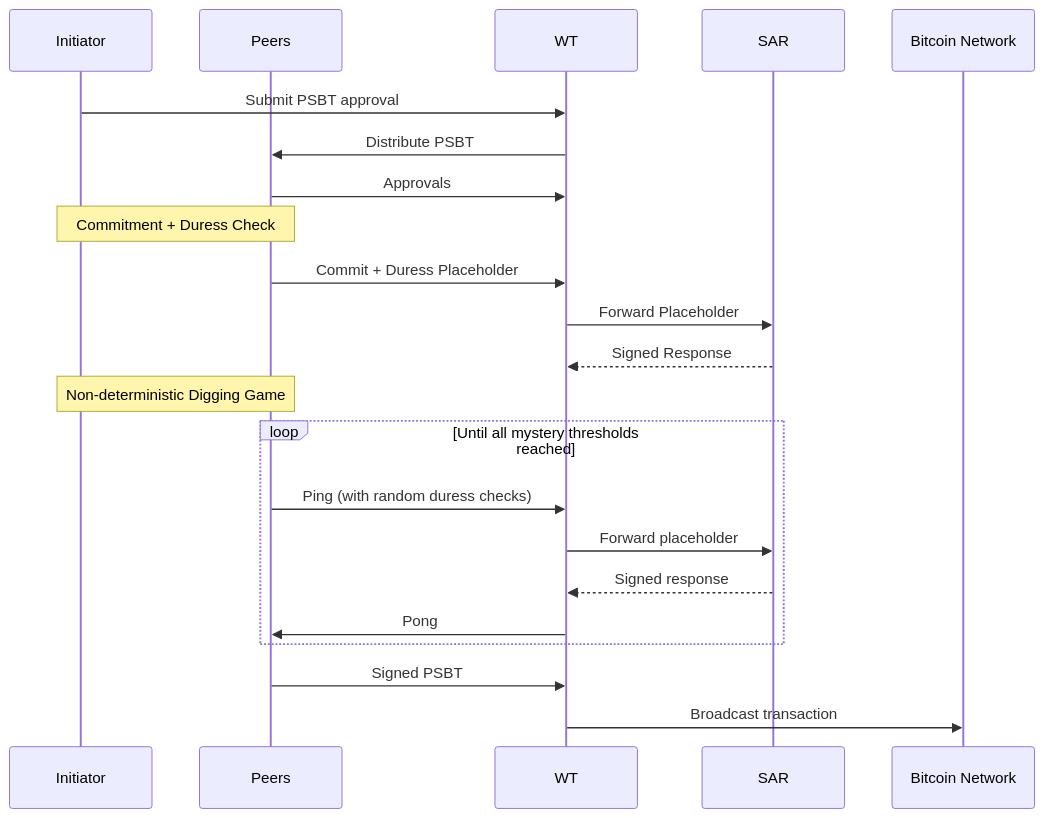
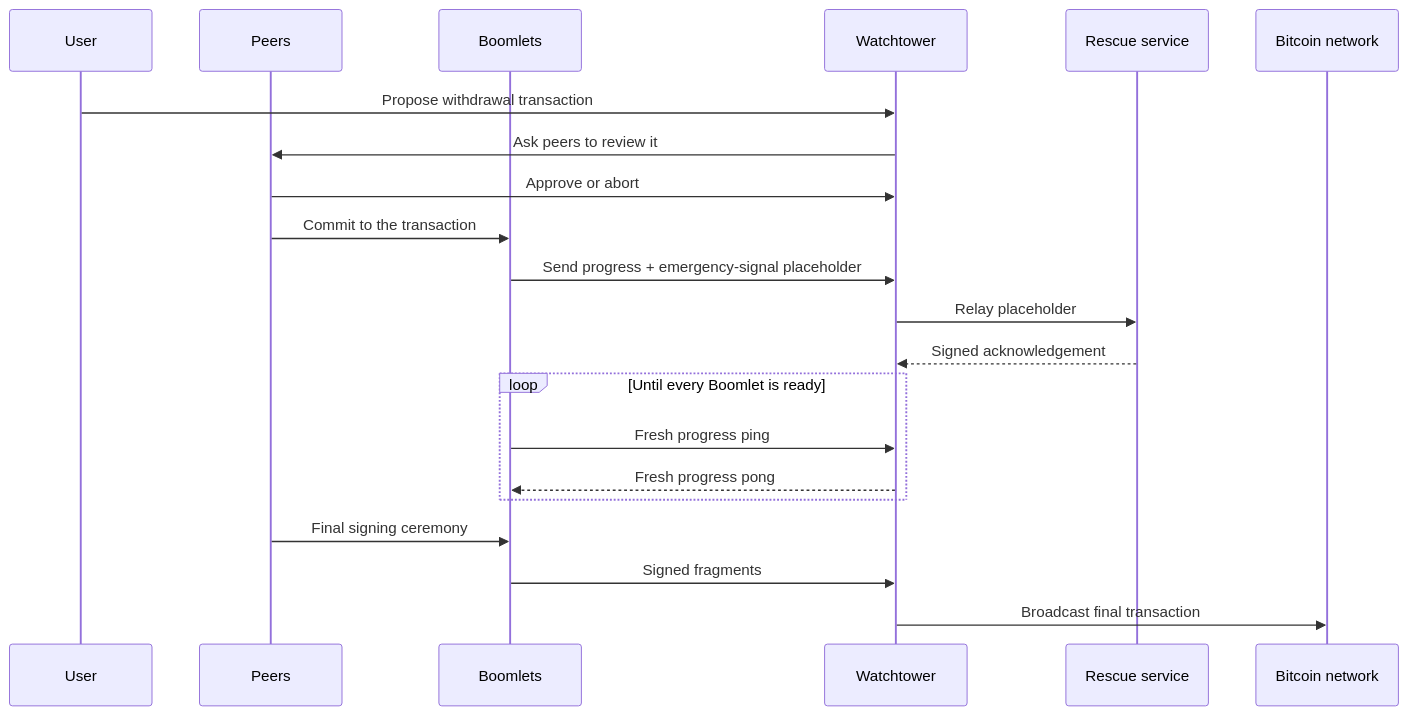
Before and after one commit to bitryonix/boomerang_design: the second of 2 diagrams in README.md, drawn with Mermaid. The commit also changed other lines of this file and 16 other files, not shown here.

````diff
--- a/README.md
+++ b/README.md
@@ -233,27 +120,27 @@
 ```mermaid
 sequenceDiagram
-    participant Initiator
+    participant User
     participant Peers
-    participant WT
-    participant SAR
+    participant Boomlets
+    participant WT as Watchtower
+    participant SAR as Rescue service
+    participant BTC as Bitcoin network
 
-    Initiator->>WT: Submit PSBT approval
-    WT->>Peers: Distribute PSBT
-    Peers->>WT: Approvals
+    User->>WT: Propose withdrawal transaction
+    WT->>Peers: Ask peers to review it
+    Peers->>WT: Approve or abort
 
-    Note over Initiator,Peers: Commitment + Duress Check
-    Peers->>WT: Commit + Duress Placeholder
-    WT->>SAR: Forward Placeholder
-    SAR-->>WT: Signed Response
+    Peers->>Boomlets: Commit to the transaction
+    Boomlets->>WT: Send progress + emergency-signal placeholder
+    WT->>SAR: Relay placeholder
+    SAR-->>WT: Signed acknowledgement
 
-    Note over Initiator,Peers: Non-deterministic Digging Game
-    loop Until all mystery thresholds reached
-        Peers->>WT: Ping (with random duress checks)
-        WT->>SAR: Forward placeholder
-        SAR-->>WT: Signed response
-        WT->>Peers: Pong
+    loop Until every Boomlet is ready
+        Boomlets->>WT: Fresh progress ping
+        WT-->>Boomlets: Fresh progress pong
     end
 
-    Peers->>WT: Signed PSBT
-    WT->>Bitcoin Network: Broadcast transaction
+    Peers->>Boomlets: Final signing ceremony
+    Boomlets->>WT: Signed fragments
+    WT->>BTC: Broadcast final transaction
 ```
````
